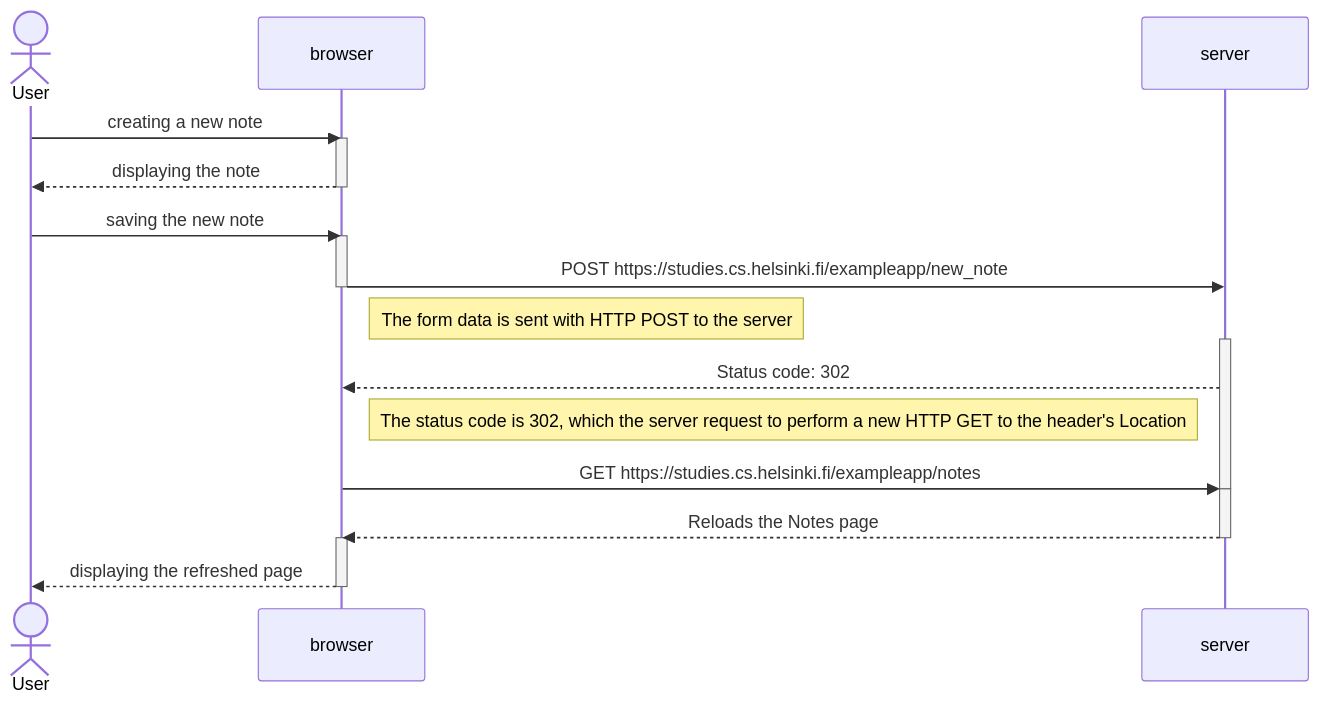
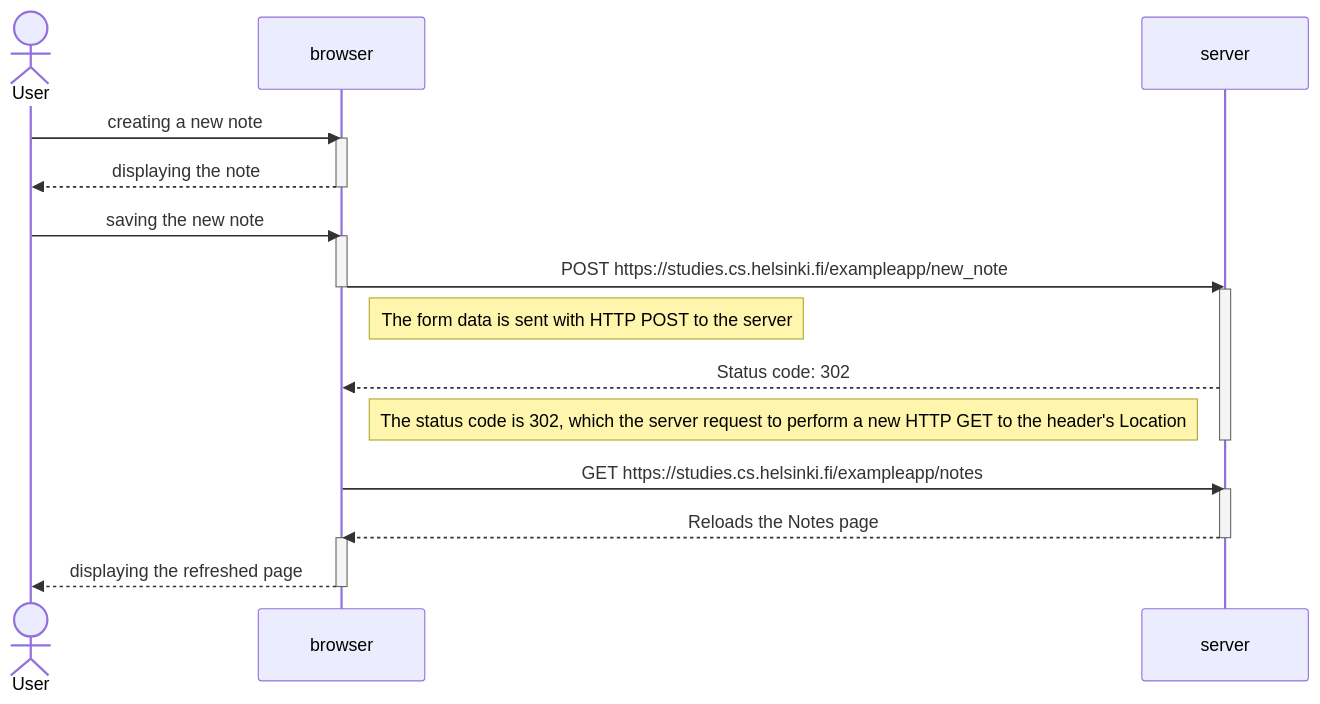
One commit to lumuellelumelay/full_stack_open changed the first of 3 diagrams in README.md. Above: the diagram before and after it, drawn with Mermaid.

Commit message:
README.md

````diff
--- a/README.md
+++ b/README.md
@@ -4,34 +4,32 @@
 ```mermaid
 sequenceDiagram
     actor User
     participant browser
     participant server
 
     User->>browser: creating a new note
     activate browser
     browser-->>User: displaying the note
     deactivate browser
 
     User->>browser: saving the new note
     activate browser
     browser->>server: POST https://studies.cs.helsinki.fi/exampleapp/new_note
     deactivate browser
 
+    activate server
     Note right of browser: The form data is sent with HTTP POST to the server
 
-    activate server
     server-->>browser: Status code: 302
-
     Note right of browser: The status code is 302, which the server request to perform a new HTTP GET to the header's Location
-
+    deactivate server
     browser->>server: GET https://studies.cs.helsinki.fi/exampleapp/notes
-    deactivate server
 
     activate server
     server-->>browser: Reloads the Notes page
     deactivate server
 
     activate browser
     browser-->>User: displaying the refreshed page
     deactivate browser
 ```
````
